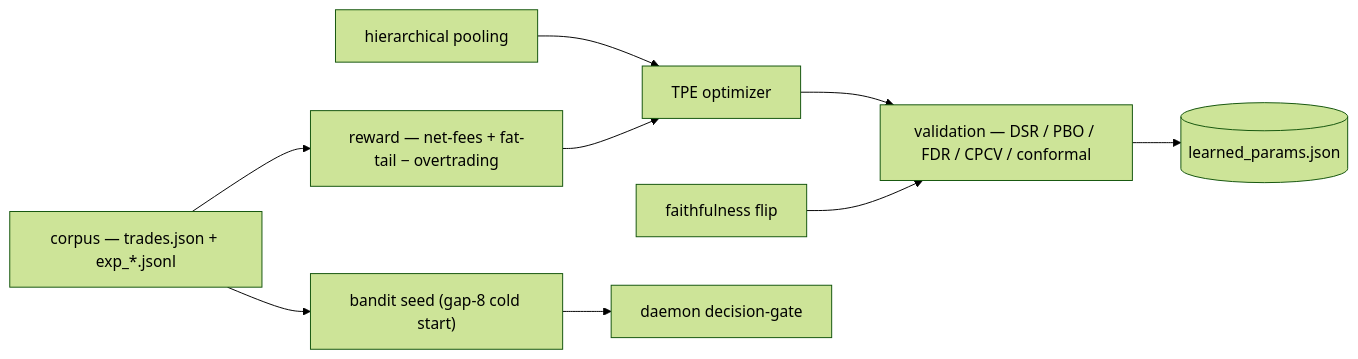
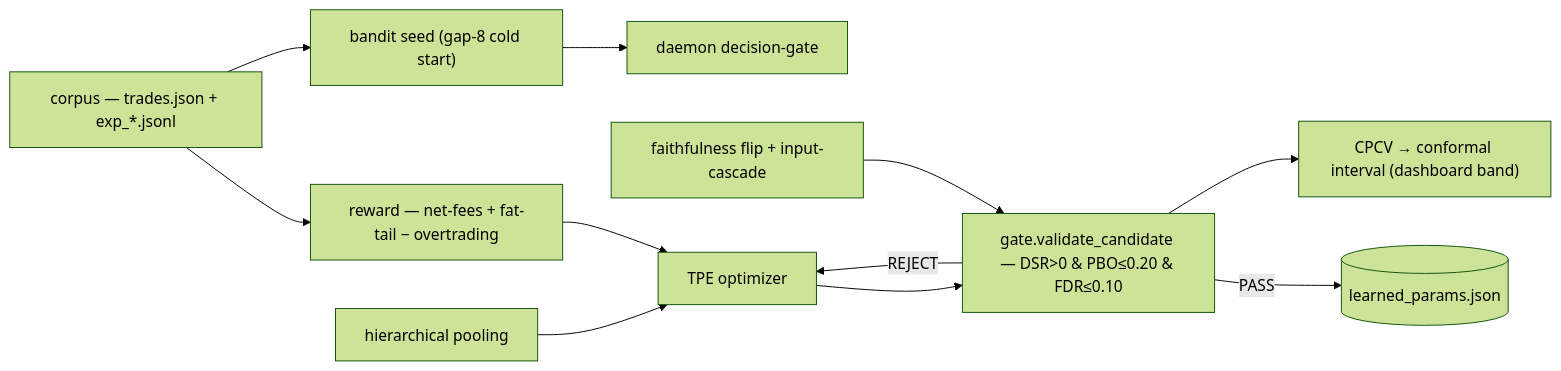
The fifth of 11 diagrams in docs/ARCHITECTURE.md (JannetEkka/smt-mantle), drawn with Mermaid (forest theme) before and after one commit. The commit also changed other lines of this file and 18 other files, not shown here.

````diff
--- a/docs/ARCHITECTURE.md
+++ b/docs/ARCHITECTURE.md
@@ -134,11 +137,13 @@
 ```mermaid
 flowchart LR
   CO["corpus — trades.json + exp_*.jsonl"] --> RW["reward — net-fees + fat-tail − overtrading"]
   CO --> BD["bandit seed (gap-8 cold start)"]
   HI["hierarchical pooling"] --> OPT["TPE optimizer"]
   RW --> OPT
-  OPT --> VAL["validation — DSR / PBO / FDR / CPCV / conformal"]
-  FA["faithfulness flip"] --> VAL
-  VAL --> LP[("learned_params.json")]
+  OPT --> VAL["gate.validate_candidate — DSR>0 & PBO≤0.20 & FDR≤0.10"]
+  FA["faithfulness flip + input-cascade"] --> VAL
+  VAL -->|PASS| LP[("learned_params.json")]
+  VAL -->|REJECT| OPT
+  VAL --> CF["CPCV → conformal interval (dashboard band)"]
   BD --> DG["daemon decision-gate"]
 ```
````
